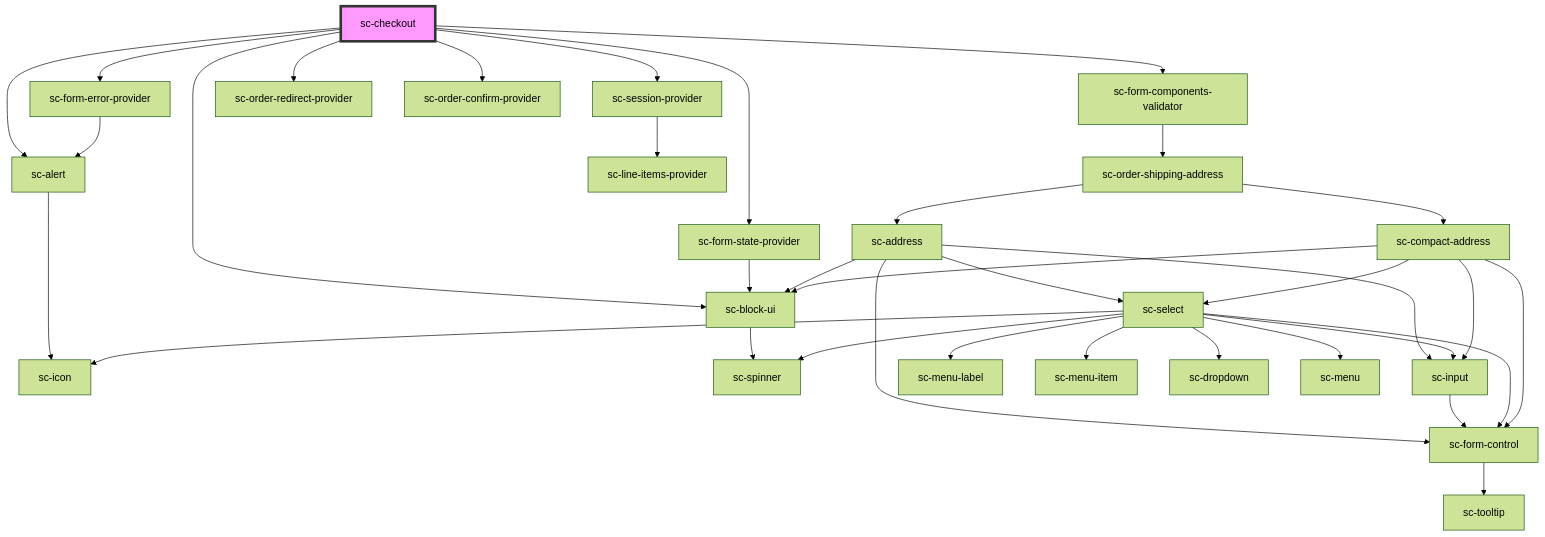
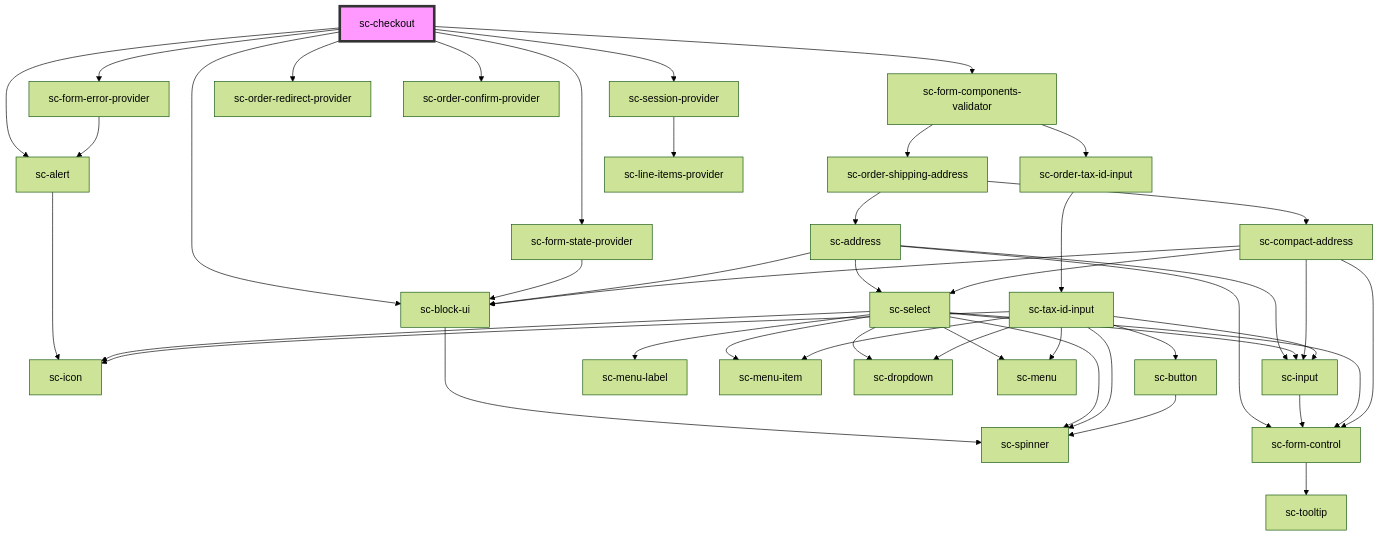
One commit to surecart/surecart-wp-plugin changed the diagram in packages/components/src/components/controllers/checkout-form/checkout/readme.md. Above: the diagram before and after it, drawn with Mermaid (forest theme). The commit also changed other lines of this file and 303 other files, not shown here.

````diff
--- a/packages/components/src/components/controllers/checkout-form/checkout/readme.md
+++ b/packages/components/src/components/controllers/checkout-form/checkout/readme.md
@@ -76,38 +76,48 @@
 ```mermaid
 graph TD;
   sc-checkout --> sc-alert
   sc-checkout --> sc-form-state-provider
   sc-checkout --> sc-form-error-provider
   sc-checkout --> sc-form-components-validator
   sc-checkout --> sc-session-provider
   sc-checkout --> sc-order-redirect-provider
   sc-checkout --> sc-order-confirm-provider
   sc-checkout --> sc-block-ui
   sc-alert --> sc-icon
   sc-form-state-provider --> sc-block-ui
   sc-block-ui --> sc-spinner
   sc-form-error-provider --> sc-alert
   sc-form-components-validator --> sc-order-shipping-address
+  sc-form-components-validator --> sc-order-tax-id-input
   sc-order-shipping-address --> sc-address
   sc-order-shipping-address --> sc-compact-address
   sc-address --> sc-form-control
   sc-address --> sc-input
   sc-address --> sc-select
   sc-address --> sc-block-ui
   sc-form-control --> sc-tooltip
   sc-input --> sc-form-control
   sc-select --> sc-icon
   sc-select --> sc-menu-label
   sc-select --> sc-menu-item
   sc-select --> sc-form-control
   sc-select --> sc-dropdown
   sc-select --> sc-input
   sc-select --> sc-spinner
   sc-select --> sc-menu
   sc-compact-address --> sc-form-control
   sc-compact-address --> sc-select
   sc-compact-address --> sc-input
   sc-compact-address --> sc-block-ui
+  sc-order-tax-id-input --> sc-tax-id-input
+  sc-tax-id-input --> sc-icon
+  sc-tax-id-input --> sc-input
+  sc-tax-id-input --> sc-spinner
+  sc-tax-id-input --> sc-dropdown
+  sc-tax-id-input --> sc-button
+  sc-tax-id-input --> sc-menu
+  sc-tax-id-input --> sc-menu-item
+  sc-button --> sc-spinner
   sc-session-provider --> sc-line-items-provider
   style sc-checkout fill:#f9f,stroke:#333,stroke-width:4px
 ```
````
